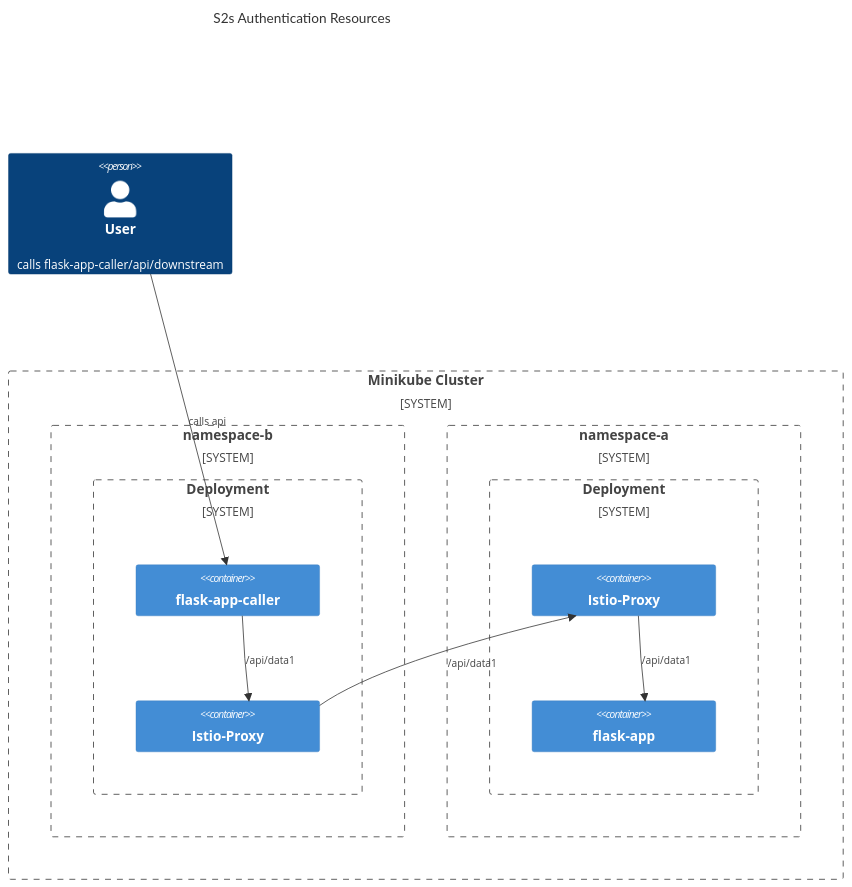
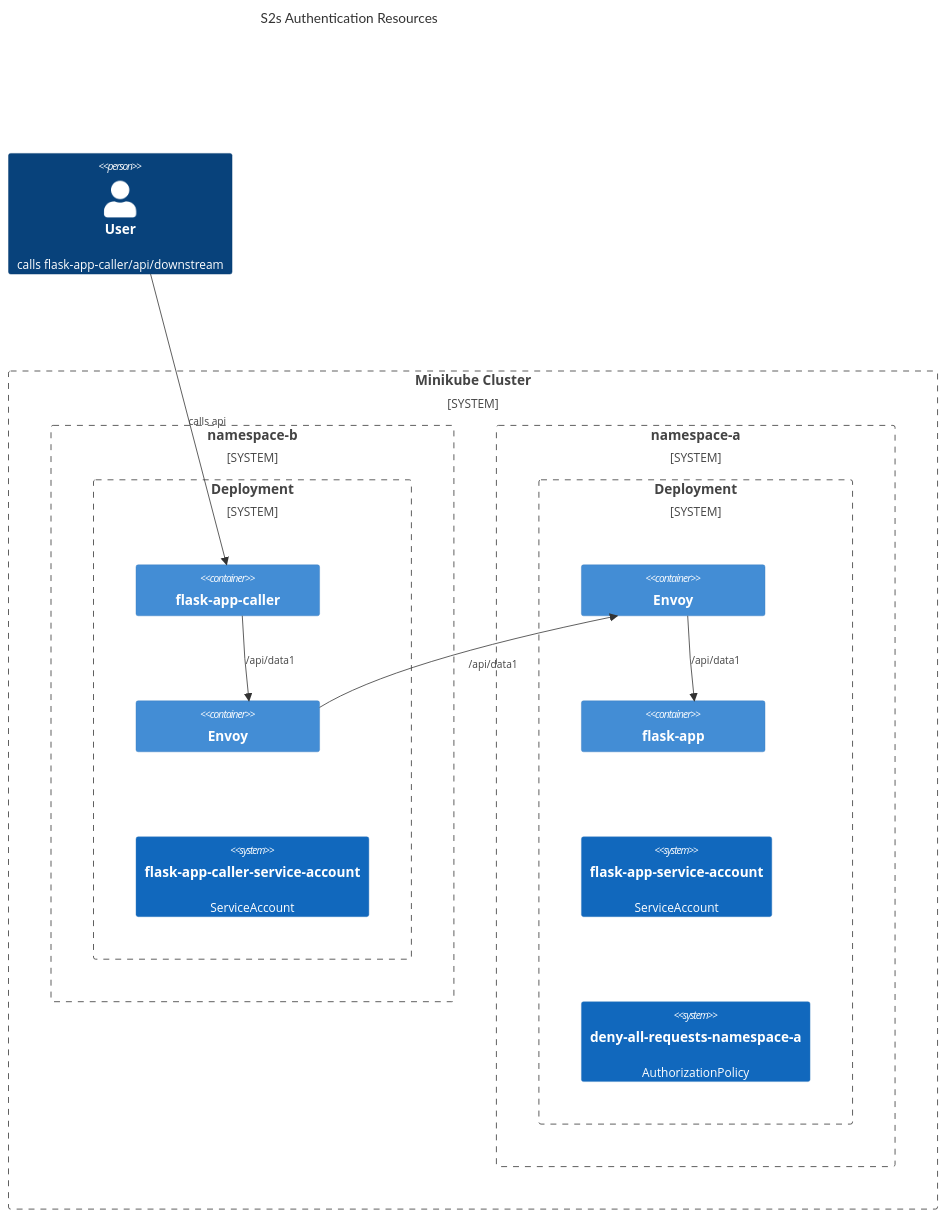
The diagram in readme.md (pritamprasd/istio-auth), drawn with Mermaid before and after one commit.

````diff
--- a/readme.md
+++ b/readme.md
@@ -3,24 +3,28 @@
 ```mermaid
 C4Context
     title S2s Authentication Resources
     Person(PersonA, User, "calls flask-app-caller/api/downstream")
       System_Boundary(b0, "Minikube Cluster") {
         System_Boundary(b3, "namespace-b") {
             System_Boundary(b4, "Deployment") {
                 Container(ContainerD, "flask-app-caller")
-                Container(ContainerC, "Istio-Proxy")
+                Container(ContainerC, "Envoy")                
+                System(SystemB, "flask-app-caller-service-account", "ServiceAccount")
             }
-        } 
+        }
         System_Boundary(b1, "namespace-a") {
             System_Boundary(b2, "Deployment") {
-                Container(ContainerA, "Istio-Proxy")
+                Container(ContainerA, "Envoy")
                 Container(ContainerB, "flask-app")
+                System(SystemA, "flask-app-service-account", "ServiceAccount")
+                System(SystemC, "flask-app-get-allow", "AuthorizationPolicy")
+                System(SystemC, "deny-all-requests-namespace-a", "AuthorizationPolicy")
             }
-        }   
+        }    
       }
 
     Rel(PersonA, ContainerD, "calls api")
     Rel(ContainerD, ContainerC, "/api/data1")
     Rel(ContainerC, ContainerA, "/api/data1")
     Rel(ContainerA, ContainerB, "/api/data1")
 ```
````
